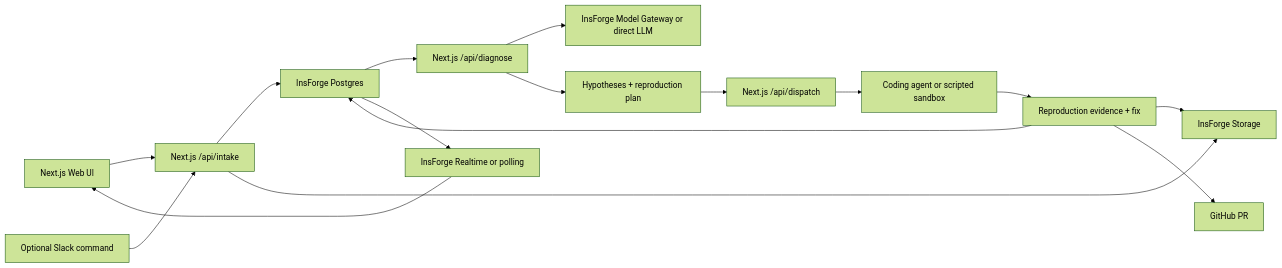
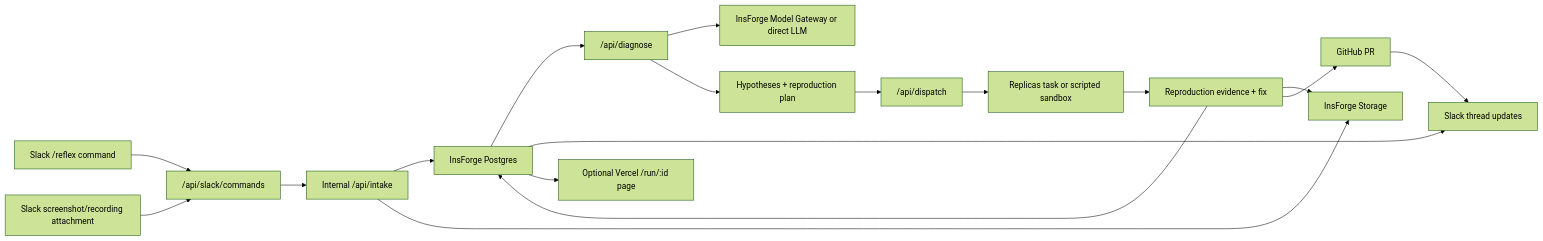
The diagram in TECHNICAL_DOCUMENT.md (yxshrk/electron), drawn with Mermaid (forest theme) before and after one commit. The commit also changed other lines of this file, not shown here.

Commit message:
Refocus MVP around Slack intake

````diff
--- a/TECHNICAL_DOCUMENT.md
+++ b/TECHNICAL_DOCUMENT.md
@@ -120,18 +127,20 @@
 ```mermaid
 flowchart LR
-    WebUI["Next.js Web UI"] --> Intake["Next.js /api/intake"]
-    Slack["Optional Slack command"] --> Intake
+    Slack["Slack /reflex command"] --> SlackAPI["/api/slack/commands"]
+    SlackFile["Slack screenshot/recording attachment"] --> SlackAPI
+    SlackAPI --> Intake["Internal /api/intake"]
     Intake --> DB["InsForge Postgres"]
     Intake --> Storage["InsForge Storage"]
-    DB --> Diagnose["Next.js /api/diagnose"]
+    DB --> Diagnose["/api/diagnose"]
     Diagnose --> Model["InsForge Model Gateway or direct LLM"]
     Diagnose --> Hypotheses["Hypotheses + reproduction plan"]
-    Hypotheses --> Dispatch["Next.js /api/dispatch"]
-    Dispatch --> Agent["Coding agent or scripted sandbox"]
+    Hypotheses --> Dispatch["/api/dispatch"]
+    Dispatch --> Agent["Replicas task or scripted sandbox"]
     Agent --> Evidence["Reproduction evidence + fix"]
     Evidence --> DB
     Evidence --> Storage
     Evidence --> GitHub["GitHub PR"]
-    DB --> Realtime["InsForge Realtime or polling"]
-    Realtime --> WebUI
+    DB --> SlackUpdate["Slack thread updates"]
+    GitHub --> SlackUpdate
+    DB --> StatusPage["Optional Vercel /run/:id page"]
 ```
````
